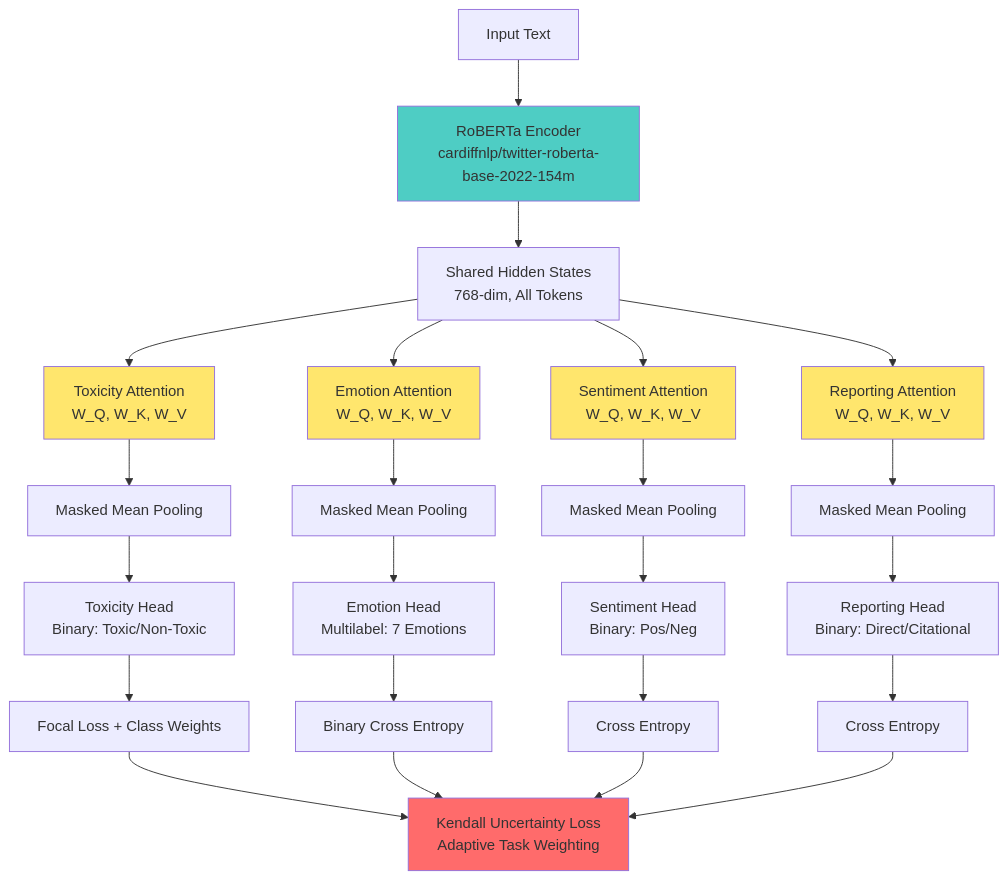
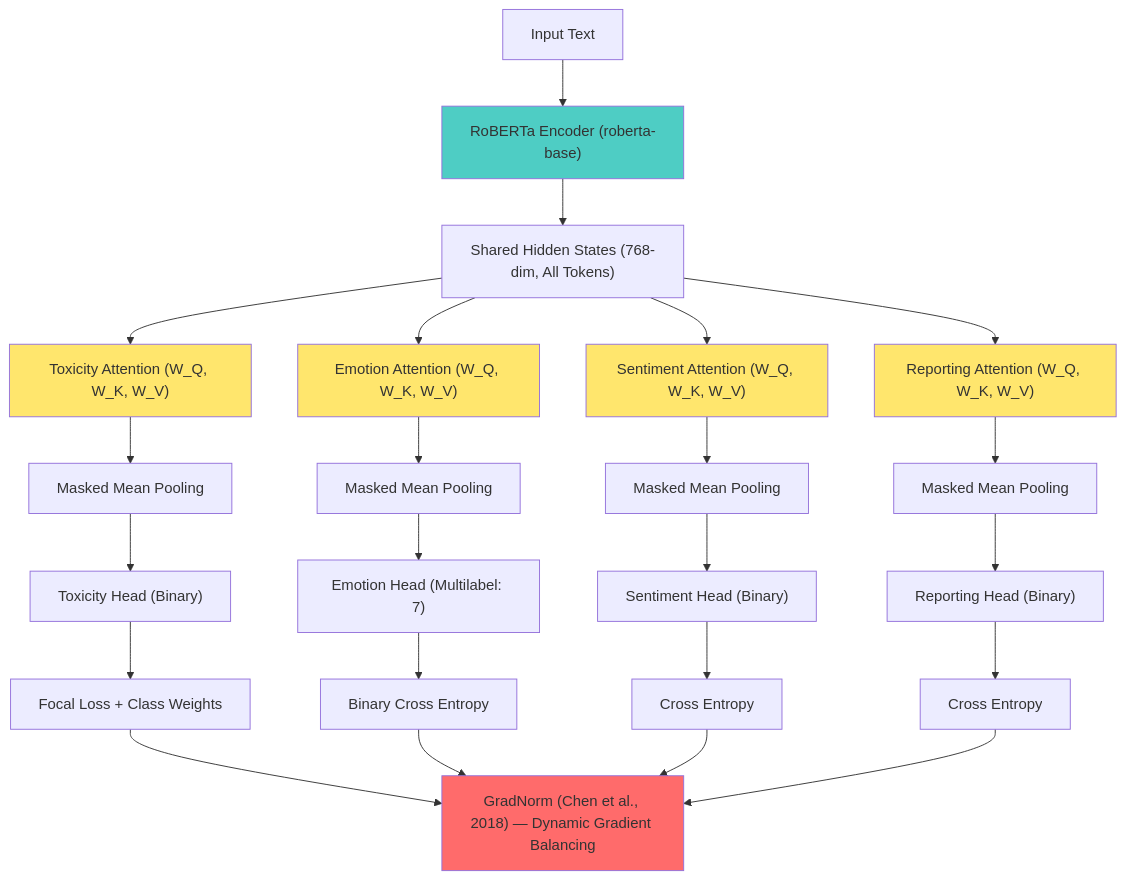
The diagram in README.md (GiuseppeSPk/AURA), drawn with Mermaid before and after one commit. The commit also changed other lines of this file, not shown here.

````diff
--- a/README.md
+++ b/README.md
@@ -138,37 +135,37 @@
 ```mermaid
 graph TD
-    Input[Input Text] --> Encoder[RoBERTa Encoder<br/>cardiffnlp/twitter-roberta-base-2022-154m]
-    Encoder --> Shared[Shared Hidden States<br/>768-dim, All Tokens]
+    Input[Input Text] --> Encoder["RoBERTa Encoder (roberta-base)"]
+    Encoder --> Shared["Shared Hidden States (768-dim, All Tokens)"]
     
-    Shared --> MHA1[Toxicity Attention<br/>W_Q, W_K, W_V]
-    Shared --> MHA2[Emotion Attention<br/>W_Q, W_K, W_V]
-    Shared --> MHA3[Sentiment Attention<br/>W_Q, W_K, W_V]
-    Shared --> MHA4[Reporting Attention<br/>W_Q, W_K, W_V]
+    Shared --> MHA1["Toxicity Attention (W_Q, W_K, W_V)"]
+    Shared --> MHA2["Emotion Attention (W_Q, W_K, W_V)"]
+    Shared --> MHA3["Sentiment Attention (W_Q, W_K, W_V)"]
+    Shared --> MHA4["Reporting Attention (W_Q, W_K, W_V)"]
     
     MHA1 --> Pool1[Masked Mean Pooling]
     MHA2 --> Pool2[Masked Mean Pooling]
     MHA3 --> Pool3[Masked Mean Pooling]
     MHA4 --> Pool4[Masked Mean Pooling]
     
-    Pool1 --> Head1[Toxicity Head<br/>Binary: Toxic/Non-Toxic]
-    Pool2 --> Head2[Emotion Head<br/>Multilabel: 7 Emotions]
-    Pool3 --> Head3[Sentiment Head<br/>Binary: Pos/Neg]
-    Pool4 --> Head4[Reporting Head<br/>Binary: Direct/Citational]
+    Pool1 --> Head1["Toxicity Head (Binary)"]
+    Pool2 --> Head2["Emotion Head (Multilabel: 7)"]
+    Pool3 --> Head3["Sentiment Head (Binary)"]
+    Pool4 --> Head4["Reporting Head (Binary)"]
     
     Head1 --> Loss1[Focal Loss + Class Weights]
     Head2 --> Loss2[Binary Cross Entropy]
     Head3 --> Loss3[Cross Entropy]
     Head4 --> Loss4[Cross Entropy]
     
-    Loss1 --> Kendall[Kendall Uncertainty Loss<br/>Adaptive Task Weighting]
-    Loss2 --> Kendall
-    Loss3 --> Kendall
-    Loss4 --> Kendall
+    Loss1 --> GradNorm["GradNorm (Chen et al., 2018) — Dynamic Gradient Balancing"]
+    Loss2 --> GradNorm
+    Loss3 --> GradNorm
+    Loss4 --> GradNorm
     
-    style Kendall fill:#ff6b6b
+    style GradNorm fill:#ff6b6b
     style Encoder fill:#4ecdc4
     style MHA1 fill:#ffe66d
     style MHA2 fill:#ffe66d
     style MHA3 fill:#ffe66d
     style MHA4 fill:#ffe66d
 ```
````
